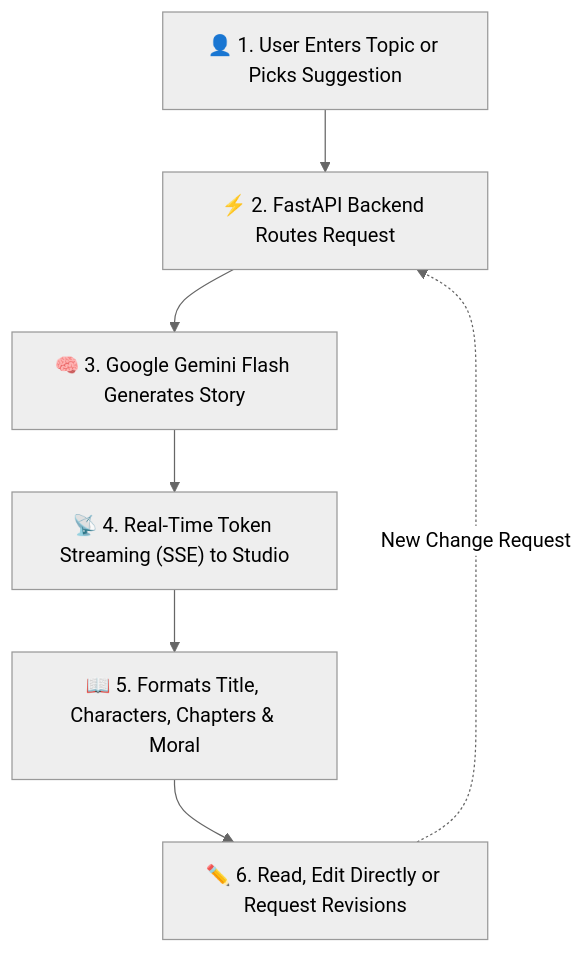
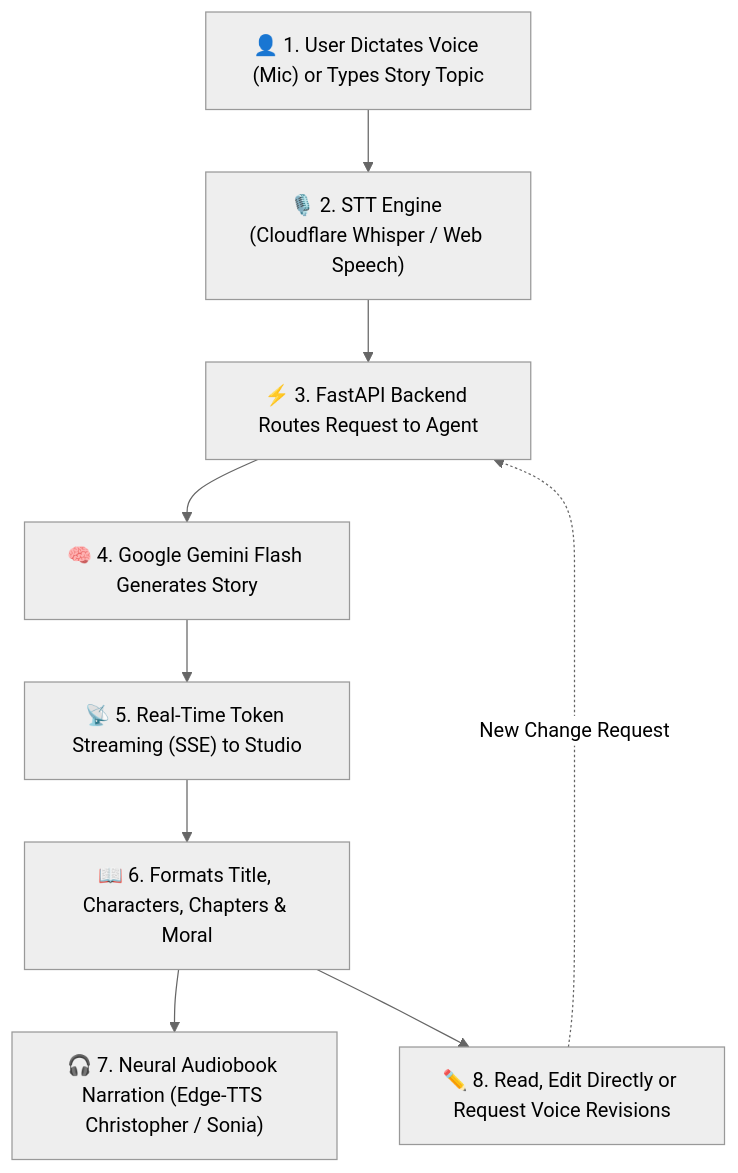
One commit to caffeicsatyam/BOT_PROJECTS changed the first of 2 diagrams in README.md. Above: the diagram before and after it, drawn with Mermaid (neutral theme). The commit also changed other lines of this file and 1 other file, not shown here.

Commit message:
Update: TTS and STT diagram updated

````diff
--- a/README.md
+++ b/README.md
@@ -80,9 +90,11 @@
 ```mermaid
 flowchart TD
-    A["👤 1. User Enters Topic or Picks Suggestion"] --> B["⚡ 2. FastAPI Backend Routes Request"]
-    B --> C["🧠 3. Google Gemini Flash Generates Story"]
-    C --> D["📡 4. Real-Time Token Streaming (SSE) to Studio"]
-    D --> E["📖 5. Formats Title, Characters, Chapters & Moral"]
-    E --> F["✏️ 6. Read, Edit Directly or Request Revisions"]
-    F -.->|New Change Request| B
+    A["👤 1. User Dictates Voice (Mic) or Types Story Topic"] --> B["🎙️ 2. STT Engine (Cloudflare Whisper / Web Speech)"]
+    B --> C["⚡ 3. FastAPI Backend Routes Request to Agent"]
+    C --> D["🧠 4. Google Gemini Flash Generates Story"]
+    D --> E["📡 5. Real-Time Token Streaming (SSE) to Studio"]
+    E --> F["📖 6. Formats Title, Characters, Chapters & Moral"]
+    F --> G["🎧 7. Neural Audiobook Narration (Edge-TTS Christopher / Sonia)"]
+    F --> H["✏️ 8. Read, Edit Directly or Request Voice Revisions"]
+    H -.->|New Change Request| C
 ```
````
